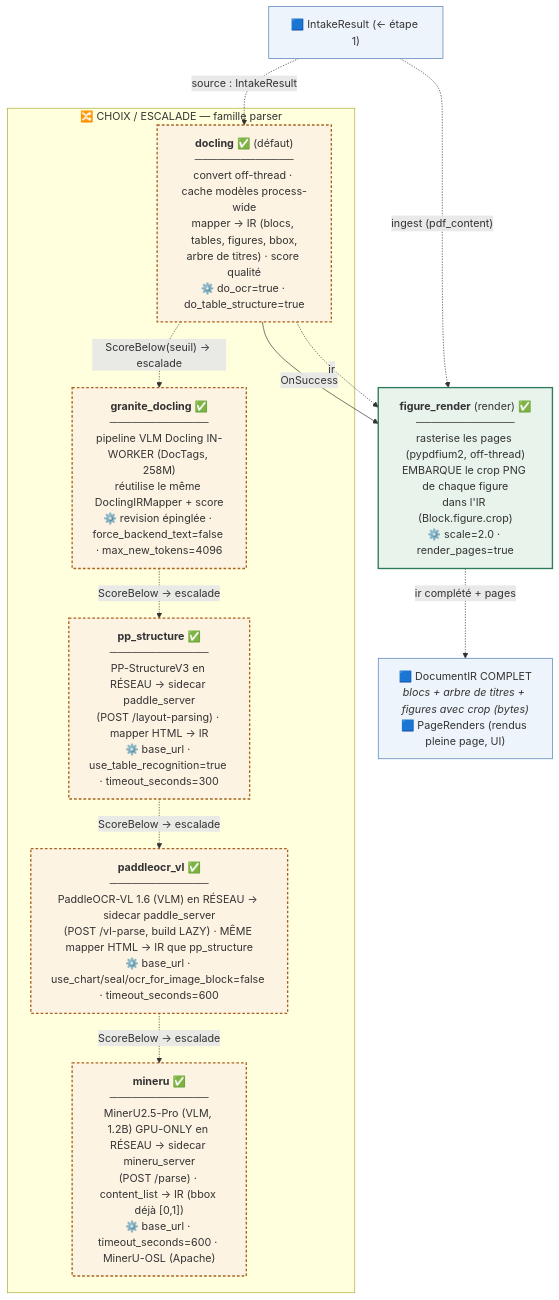
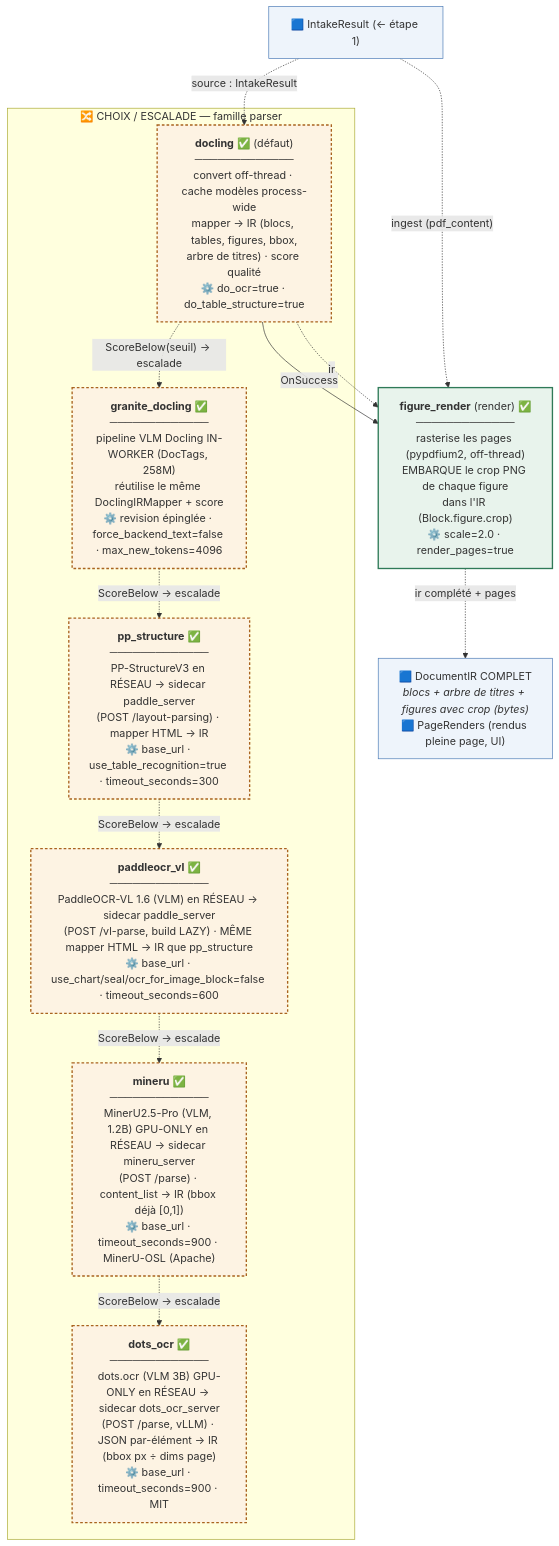
One commit to Florian-BARRE/DocForge changed the third of 4 diagrams in src/docforge/PIPELINE.md. Above: the diagram before and after it, drawn with Mermaid. The commit also changed other lines of this file and 42 other files, not shown here.

````diff
--- a/src/docforge/PIPELINE.md
+++ b/src/docforge/PIPELINE.md
@@ -154,30 +154,32 @@
 ```mermaid
 flowchart TB
     classDef artefact fill:#eef4fb,stroke:#4a7ab5,stroke-width:1px
     classDef node fill:#e8f3ec,stroke:#2f7a58,stroke-width:2px
     classDef choice fill:#fdf3e3,stroke:#a9631f,stroke-width:2px,stroke-dasharray: 4 3
 
     IN["🟦 IntakeResult (← étape 1)"]:::artefact
 
     subgraph PARS["🔀 CHOIX / ESCALADE — famille parser"]
         DOC["<b>docling</b> ✅ (défaut)<br/>─────────────<br/>convert off-thread · cache modèles process-wide<br/>mapper → IR (blocs, tables, figures, bbox,<br/>arbre de titres) · score qualité<br/>⚙️ do_ocr=true · do_table_structure=true"]:::choice
         GRA["<b>granite_docling</b> ✅<br/>─────────────<br/>pipeline VLM Docling IN-WORKER (DocTags, 258M)<br/>réutilise le même DoclingIRMapper + score<br/>⚙️ revision épinglée · force_backend_text=false · max_new_tokens=4096"]:::choice
         PPS["<b>pp_structure</b> ✅<br/>─────────────<br/>PP-StructureV3 en RÉSEAU → sidecar paddle_server<br/>(POST /layout-parsing) · mapper HTML → IR<br/>⚙️ base_url · use_table_recognition=true · timeout_seconds=300"]:::choice
         VL["<b>paddleocr_vl</b> ✅<br/>─────────────<br/>PaddleOCR-VL 1.6 (VLM) en RÉSEAU → sidecar paddle_server<br/>(POST /vl-parse, build LAZY) · MÊME mapper HTML → IR que pp_structure<br/>⚙️ base_url · use_chart/seal/ocr_for_image_block=false · timeout_seconds=600"]:::choice
-        MIN["<b>mineru</b> ✅<br/>─────────────<br/>MinerU2.5-Pro (VLM, 1.2B) GPU-ONLY en RÉSEAU → sidecar mineru_server<br/>(POST /parse) · content_list → IR (bbox déjà [0,1])<br/>⚙️ base_url · timeout_seconds=600 · MinerU-OSL (Apache)"]:::choice
+        MIN["<b>mineru</b> ✅<br/>─────────────<br/>MinerU2.5-Pro (VLM, 1.2B) GPU-ONLY en RÉSEAU → sidecar mineru_server<br/>(POST /parse) · content_list → IR (bbox déjà [0,1])<br/>⚙️ base_url · timeout_seconds=900 · MinerU-OSL (Apache)"]:::choice
         DOC -. "ScoreBelow(seuil) → escalade" .-> GRA
         GRA -. "ScoreBelow → escalade" .-> PPS
         PPS -. "ScoreBelow → escalade" .-> VL
+        DOTS["<b>dots_ocr</b> ✅<br/>─────────────<br/>dots.ocr (VLM 3B) GPU-ONLY en RÉSEAU → sidecar dots_ocr_server<br/>(POST /parse, vLLM) · JSON par-élément → IR (bbox px ÷ dims page)<br/>⚙️ base_url · timeout_seconds=900 · MIT"]:::choice
         VL -. "ScoreBelow → escalade" .-> MIN
+        MIN -. "ScoreBelow → escalade" .-> DOTS
     end
 
     FR["<b>figure_render</b> (render) ✅<br/>─────────────<br/>rasterise les pages (pypdfium2, off-thread)<br/>EMBARQUE le crop PNG de chaque figure<br/>dans l'IR (Block.figure.crop)<br/>⚙️ scale=2.0 · render_pages=true"]:::node
 
     OUT2["🟦 DocumentIR COMPLET<br/><i>blocs + arbre de titres + figures avec crop (bytes)</i><br/>🟦 PageRenders (rendus pleine page, UI)"]:::artefact
 
     IN -.->|"source : IntakeResult"| DOC
     DOC -->|"OnSuccess"| FR
     DOC -.->|"ir"| FR
     IN -.->|"ingest (pdf_content)"| FR
     FR -.->|"ir complété + pages"| OUT2
 ```
````
